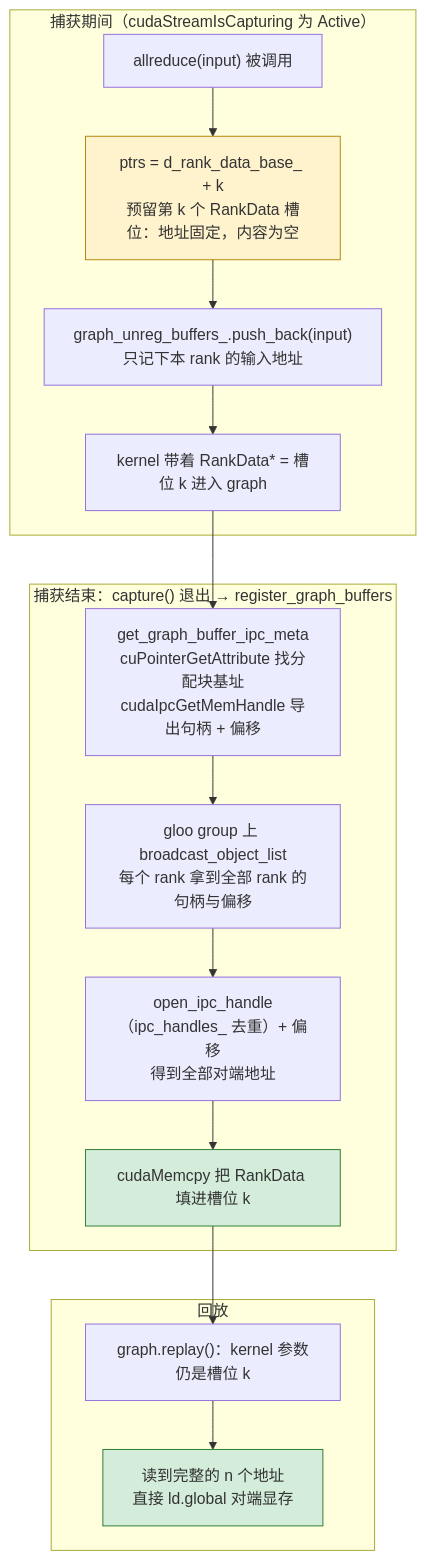
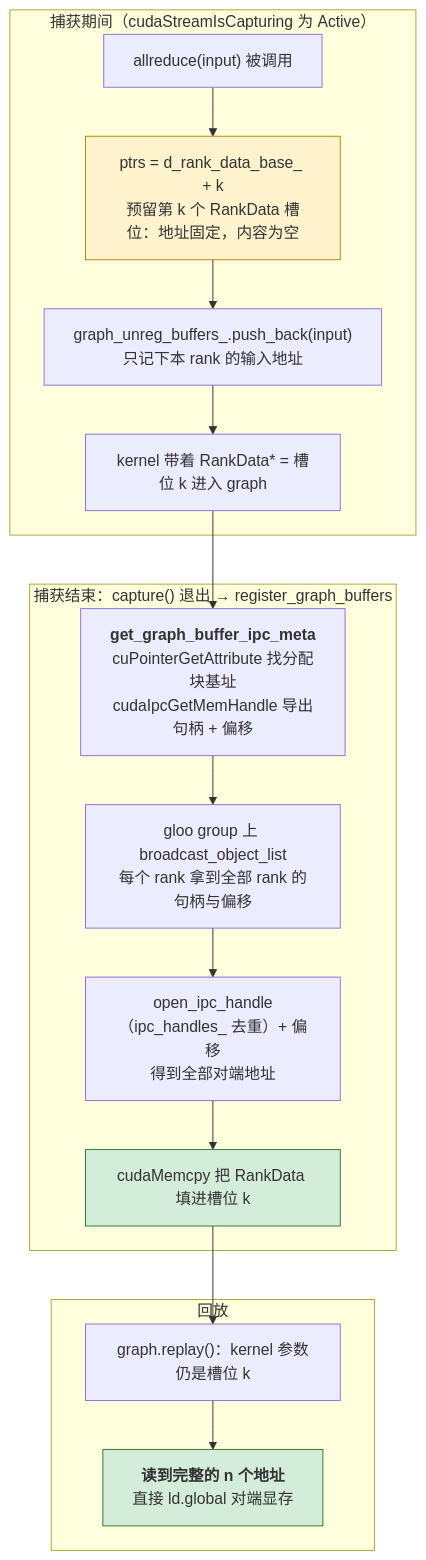
Before and after one commit to arganzheng/arganzheng.github.com: the diagram in _posts/2026-06-24-inference-communication-custom-all-reduce-and-kv-transfer.md, drawn with Mermaid. The commit also changed 6 other files, not shown here.

First line of the commit message:
通信与互联：从 NCCL 到 RDMA：Mermaid 多行方框的首行标为标题（7 篇）

````diff
--- a/_posts/2026-06-24-inference-communication-custom-all-reduce-and-kv-transfer.md
+++ b/_posts/2026-06-24-inference-communication-custom-all-reduce-and-kv-transfer.md
@@ -477,23 +477,23 @@
 ```mermaid
 %% 图：register_graph_buffers 的三个阶段：捕获时预留 RankData 槽位，捕获结束后交换 IPC 句柄填满它，回放时读到完整地址
 flowchart TB
     subgraph cap["捕获期间（cudaStreamIsCapturing 为 Active）"]
         C1["allreduce(input) 被调用"] --> C2["ptrs = d_rank_data_base_ + k<br/>预留第 k 个 RankData 槽位：地址固定，内容为空"]
         C2 --> C3["graph_unreg_buffers_.push_back(input)<br/>只记下本 rank 的输入地址"]
         C3 --> C4["kernel 带着 RankData* = 槽位 k 进入 graph"]
     end
     subgraph reg["捕获结束：capture() 退出 → register_graph_buffers"]
-        R1["get_graph_buffer_ipc_meta<br/>cuPointerGetAttribute 找分配块基址<br/>cudaIpcGetMemHandle 导出句柄 + 偏移"] --> R2["gloo group 上 broadcast_object_list<br/>每个 rank 拿到全部 rank 的句柄与偏移"]
+        R1["<b>get_graph_buffer_ipc_meta</b><br/>cuPointerGetAttribute 找分配块基址<br/>cudaIpcGetMemHandle 导出句柄 + 偏移"] --> R2["gloo group 上 broadcast_object_list<br/>每个 rank 拿到全部 rank 的句柄与偏移"]
         R2 --> R3["open_ipc_handle（ipc_handles_ 去重）+ 偏移<br/>得到全部对端地址"]
         R3 --> R4["cudaMemcpy 把 RankData 填进槽位 k"]
     end
     subgraph rep["回放"]
-        P1["graph.replay()：kernel 参数仍是槽位 k"] --> P2["读到完整的 n 个地址<br/>直接 ld.global 对端显存"]
+        P1["graph.replay()：kernel 参数仍是槽位 k"] --> P2["<b>读到完整的 n 个地址</b><br/>直接 ld.global 对端显存"]
     end
     C4 --> R1
     R4 --> P1
     classDef pend fill:#fff3cd,stroke:#b8860b;
     classDef done fill:#d4edda,stroke:#2e7d32;
     class C2 pend;
     class R4,P2 done;
 ```
````
